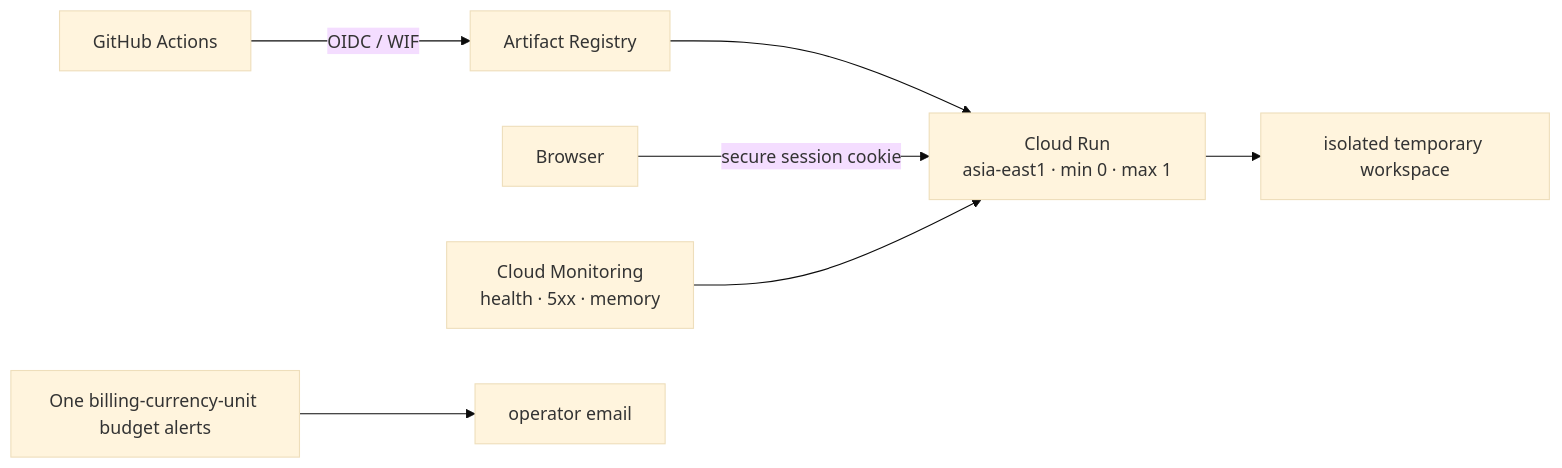
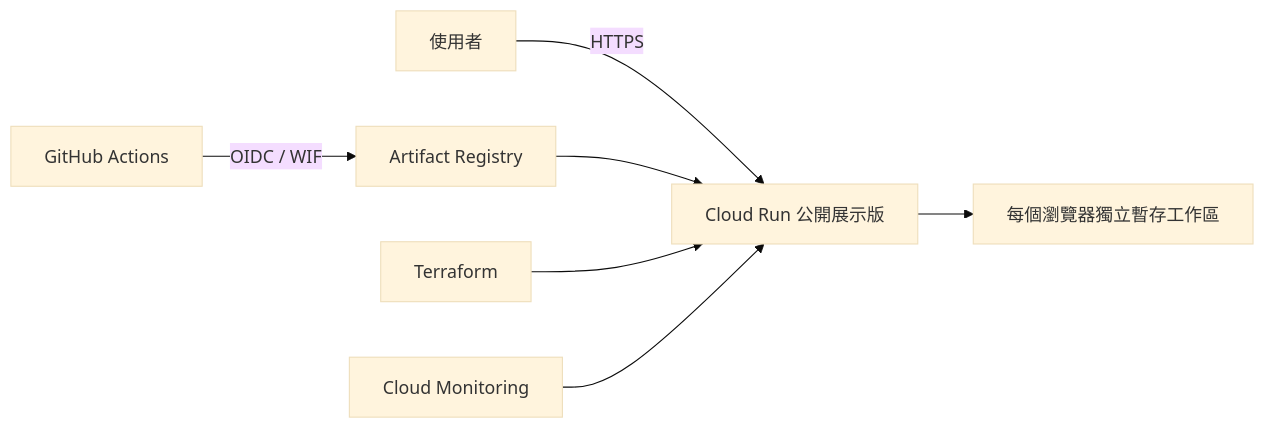
The diagram in README.md (iamshiehpay/english-interview-practice), drawn with Mermaid (base theme) before and after one commit. The commit also changed other lines of this file and 392 other files, not shown here.

````diff
--- a/README.md
+++ b/README.md
@@ -23,9 +99,9 @@
 ```mermaid
 flowchart LR
-  GH[GitHub Actions] -->|OIDC / WIF| AR[Artifact Registry]
-  AR --> CR[Cloud Run\nasia-east1 · min 0 · max 1]
-  Browser -->|secure session cookie| CR
-  CR --> Temp[isolated temporary workspace]
-  Monitor[Cloud Monitoring\nhealth · 5xx · memory] --> CR
-  Budget[One billing-currency-unit budget alerts] --> Operator[operator email]
+  User[使用者] -->|HTTPS| CloudRun[Cloud Run 公開展示版]
+  CloudRun --> Temp[每個瀏覽器獨立暫存工作區]
+  GitHub[GitHub Actions] -->|OIDC / WIF| ArtifactRegistry[Artifact Registry]
+  ArtifactRegistry --> CloudRun
+  Terraform --> CloudRun
+  Monitoring[Cloud Monitoring] --> CloudRun
 ```
````
